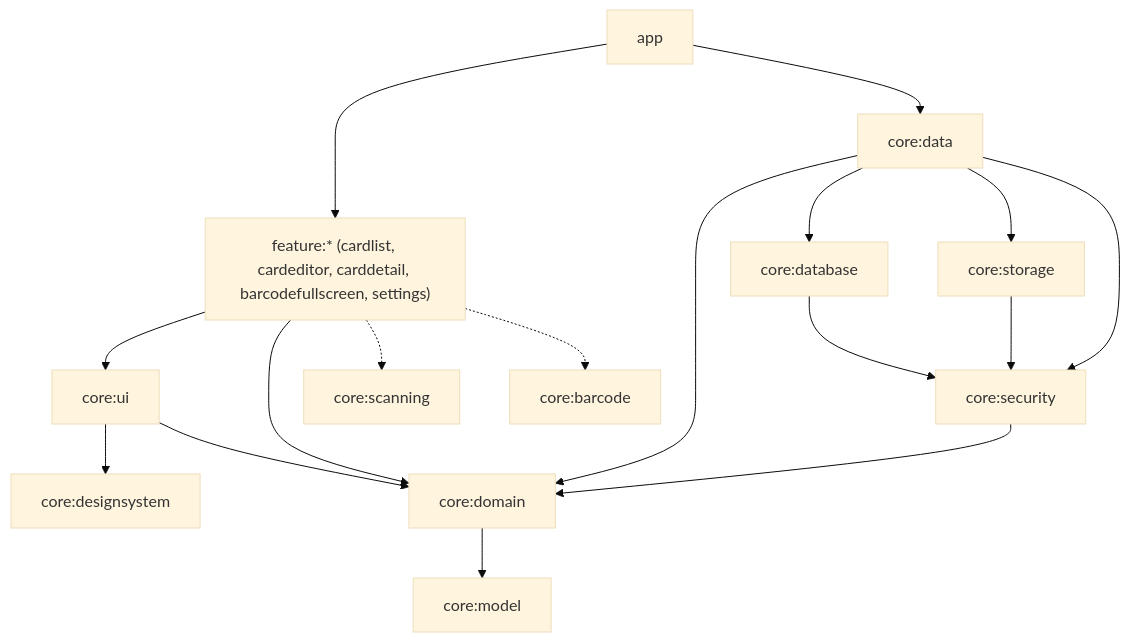
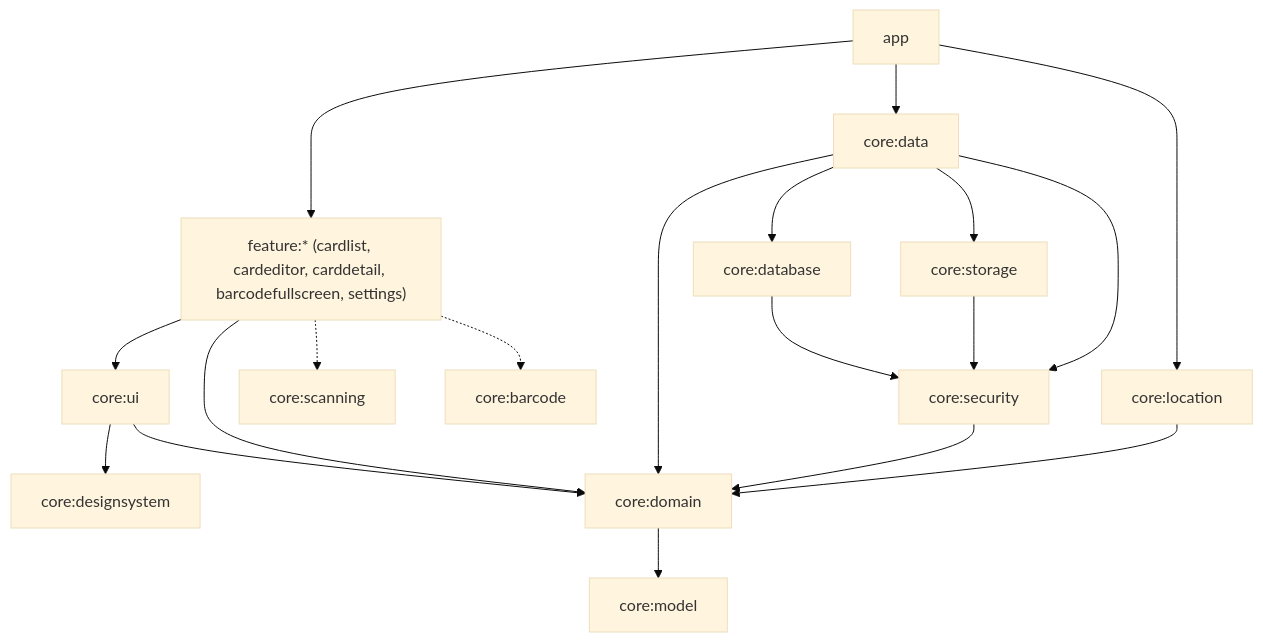
Before and after one commit to danyk20/cardholder: the diagram in docs/ARCHITECTURE.md, drawn with Mermaid (base theme). The commit also changed other lines of this file and 8 other files, not shown here.

````diff
--- a/docs/ARCHITECTURE.md
+++ b/docs/ARCHITECTURE.md
@@ -9,19 +9,21 @@
 ```mermaid
 graph TD
     app --> feature
     feature["feature:* (cardlist, cardeditor, carddetail, barcodefullscreen, settings)"] --> ui[core:ui]
     feature --> domain[core:domain]
     ui --> designsystem[core:designsystem]
     ui --> domain
     domain --> model[core:model]
     app --> data[core:data]
     data --> domain
     data --> database[core:database]
     data --> storage[core:storage]
     data --> security[core:security]
+    app --> location[core:location]
+    location --> domain
     storage --> security
     database --> security
     security --> domain
     feature -.-> scanning[core:scanning]
     feature -.-> barcode[core:barcode]
 ```
````
